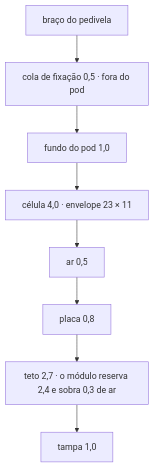
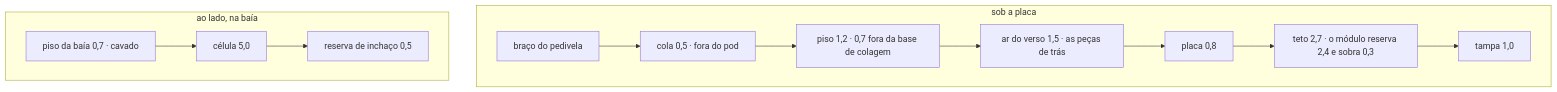
The first of 3 diagrams in hardware_powermeter/07-pod.md (Guiimartinho/bike-powermeter), drawn with Mermaid before and after one commit. The commit also changed other lines of this file and 26 other files, not shown here.

````diff
--- a/hardware_powermeter/07-pod.md
+++ b/hardware_powermeter/07-pod.md
@@ -89,10 +89,15 @@
 ```mermaid
 flowchart TB
-    BRACO["braço do pedivela"] --> COLA["cola de fixação 0,5 · fora do pod"]
-    COLA --> FUNDO["fundo do pod 1,0"]
-    FUNDO --> CEL["célula 4,0 · envelope 23 × 11"]
-    CEL --> AR["ar 0,5"]
-    AR --> PCB["placa 0,8"]
-    PCB --> TETO["teto 2,7 · o módulo reserva 2,4 e sobra 0,3 de ar"]
-    TETO --> TAMPA["tampa 1,0"]
+    subgraph PILHA["sob a placa"]
+        BRACO["braço do pedivela"] --> COLA["cola 0,5 · fora do pod"]
+        COLA --> FUNDO["piso 1,2 · 0,7 fora da base de colagem"]
+        FUNDO --> AR["ar do verso 1,5 · as peças de trás"]
+        AR --> PCB["placa 0,8"]
+        PCB --> TETO["teto 2,7 · o módulo reserva 2,4 e sobra 0,3"]
+        TETO --> TAMPA["tampa 1,0"]
+    end
+    subgraph BAIA["ao lado, na baía"]
+        PISO["piso da baía 0,7 · cavado"] --> CEL["célula 5,0"]
+        CEL --> INCH["reserva de inchaço 0,5"]
+    end
 ```
````
